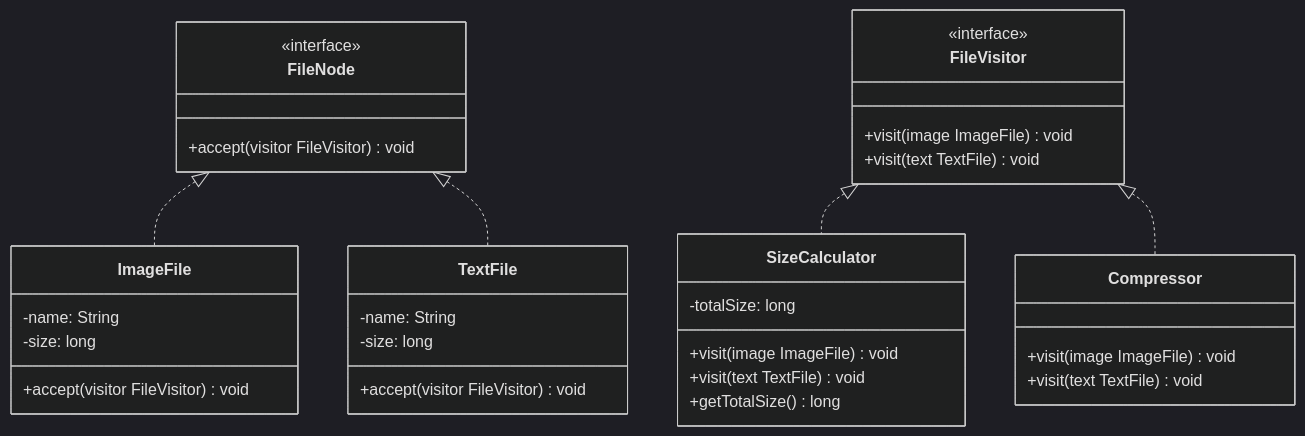
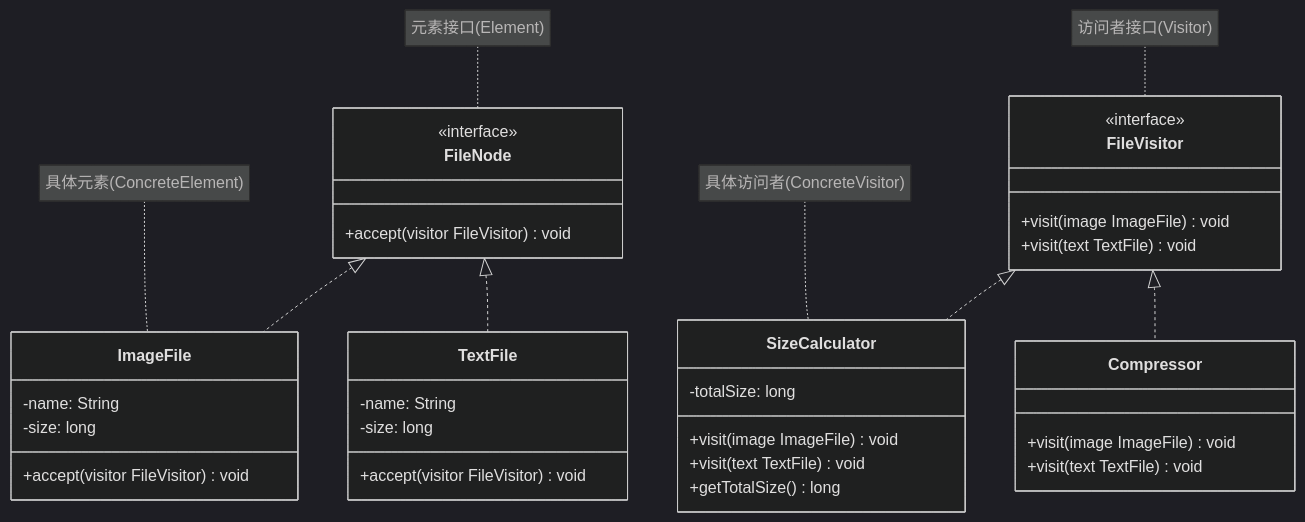
Before and after one commit to luguosong/programming-notes: the diagram in docs/topic/design-patterns/behavioral-patterns/visitor/index.md, drawn with Mermaid (dark theme). The commit also changed 23 other files, not shown here.

First line of the commit message:
fix: 修正设计模式 UML 箭头类型并添加角色标注

````diff
--- a/docs/topic/design-patterns/behavioral-patterns/visitor/index.md
+++ b/docs/topic/design-patterns/behavioral-patterns/visitor/index.md
@@ -29,36 +29,40 @@
 ```mermaid
 classDiagram
     class FileNode {
         <<interface>>
         +accept(visitor FileVisitor) void
     }
     class ImageFile {
         -name: String
         -size: long
         +accept(visitor FileVisitor) void
     }
     class TextFile {
         -name: String
         -size: long
         +accept(visitor FileVisitor) void
     }
     class FileVisitor {
         <<interface>>
         +visit(image ImageFile) void
         +visit(text TextFile) void
     }
     class SizeCalculator {
         -totalSize: long
         +visit(image ImageFile) void
         +visit(text TextFile) void
         +getTotalSize() long
     }
     class Compressor {
         +visit(image ImageFile) void
         +visit(text TextFile) void
     }
     FileNode <|.. ImageFile
     FileNode <|.. TextFile
     FileVisitor <|.. SizeCalculator
     FileVisitor <|.. Compressor
+    note for FileNode "元素接口(Element)"
+    note for ImageFile "具体元素(ConcreteElement)"
+    note for FileVisitor "访问者接口(Visitor)"
+    note for SizeCalculator "具体访问者(ConcreteVisitor)"
 ```
````
